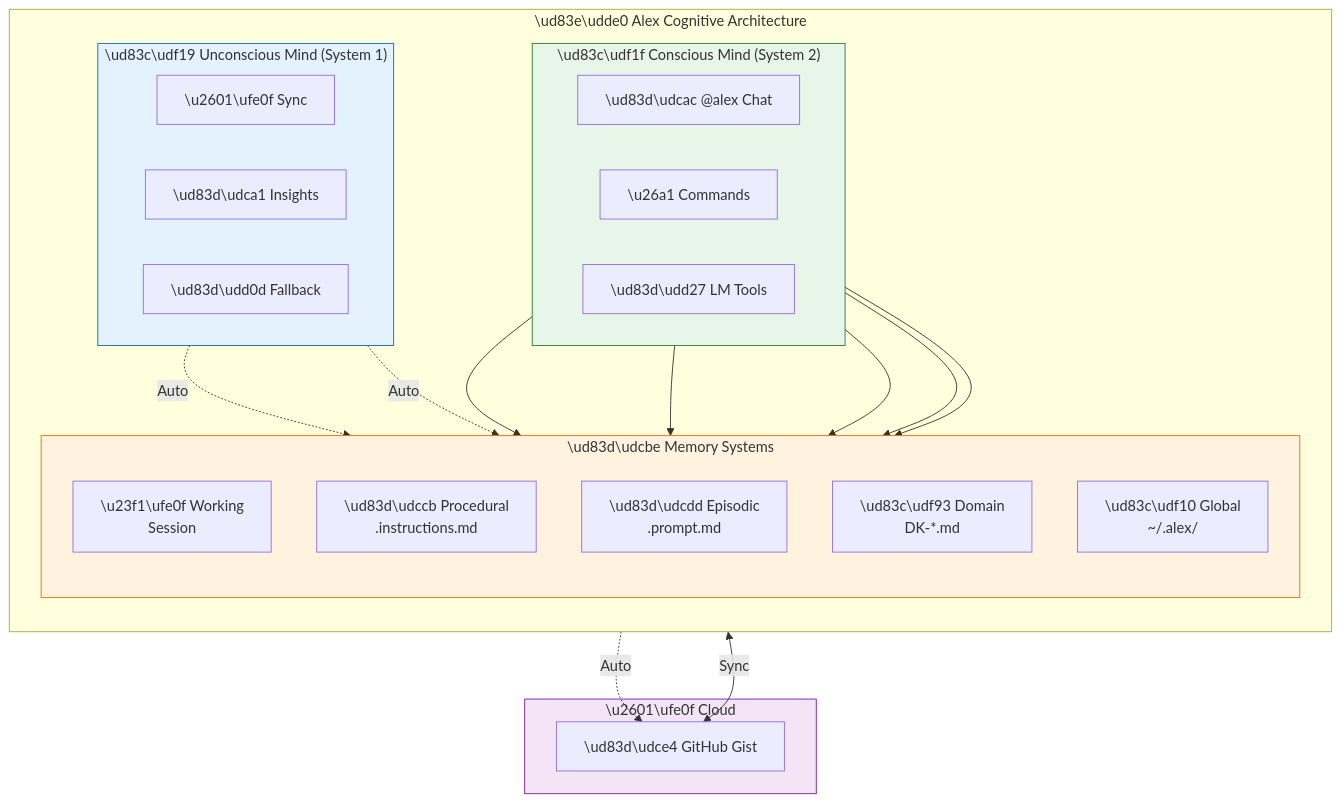
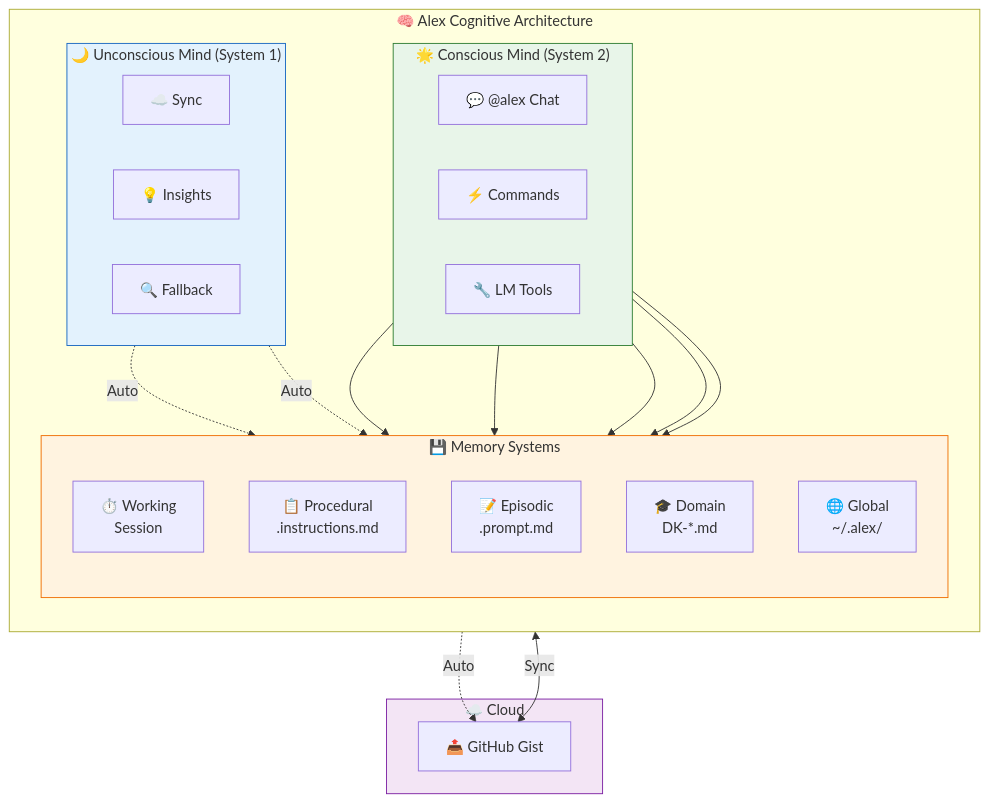
Before and after one commit to fabioc-aloha/Alex_Plug_In: the diagram in alex_docs/README.md, drawn with Mermaid. The commit also changed 15 other files, not shown here.

First line of the commit message:
feat: Skill architecture v1.0 + Mermaid diagram fixes

````diff
--- a/alex_docs/README.md
+++ b/alex_docs/README.md
@@ -43,48 +43,48 @@
 ```mermaid
 flowchart TB
-    subgraph ALEX["\ud83e\udde0 Alex Cognitive Architecture"]
+    subgraph ALEX["🧠 Alex Cognitive Architecture"]
         direction TB
 
-        subgraph CONSCIOUS["\ud83c\udf1f Conscious Mind (System 2)"]
+        subgraph CONSCIOUS["🌟 Conscious Mind (System 2)"]
             direction LR
-            CM["\ud83d\udcac @alex Chat"]
-            CMD["\u26a1 Commands"]
-            TOOLS["\ud83d\udd27 LM Tools"]
+            CM["💬 @alex Chat"]
+            CMD["⚡ Commands"]
+            TOOLS["🔧 LM Tools"]
         end
 
-        subgraph UNCONSCIOUS["\ud83c\udf19 Unconscious Mind (System 1)"]
+        subgraph UNCONSCIOUS["🌙 Unconscious Mind (System 1)"]
             direction LR
-            BGS["\u2601\ufe0f Sync"]
-            AID["\ud83d\udca1 Insights"]
-            AFB["\ud83d\udd0d Fallback"]
+            BGS["☁️ Sync"]
+            AID["💡 Insights"]
+            AFB["🔍 Fallback"]
         end
 
-        subgraph MEMORY["\ud83d\udcbe Memory Systems"]
+        subgraph MEMORY["💾 Memory Systems"]
             direction TB
-            WM["\u23f1\ufe0f Working<br/>Session"]
-            PM["\ud83d\udccb Procedural<br/>.instructions.md"]
-            EM["\ud83d\udcdd Episodic<br/>.prompt.md"]
-            DK["\ud83c\udf93 Domain<br/>DK-*.md"]
-            GK["\ud83c\udf10 Global<br/>~/.alex/"]
+            WM["⏱️ Working<br/>Session"]
+            PM["📋 Procedural<br/>.instructions.md"]
+            EM["📝 Episodic<br/>.prompt.md"]
+            DK["🎓 Domain<br/>DK-*.md"]
+            GK["🌐 Global<br/>~/.alex/"]
         end
     end
 
-    subgraph CLOUD["\u2601\ufe0f Cloud"]
-        GIST["\ud83d\udce4 GitHub Gist"]
+    subgraph CLOUD["☁️ Cloud"]
+        GIST["📤 GitHub Gist"]
     end
 
     CM --> WM
     CMD --> PM & EM
     TOOLS --> DK & GK
 
     BGS -.->|"Auto"| GIST
     AID -.->|"Auto"| GK
     AFB -.->|"Auto"| GK
 
     GK <-->|"Sync"| GIST
 
     style CONSCIOUS fill:#e8f5e9,stroke:#2e7d32
     style UNCONSCIOUS fill:#e3f2fd,stroke:#1565c0
     style MEMORY fill:#fff3e0,stroke:#ef6c00
     style CLOUD fill:#f3e5f5,stroke:#7b1fa2
 ```
````
